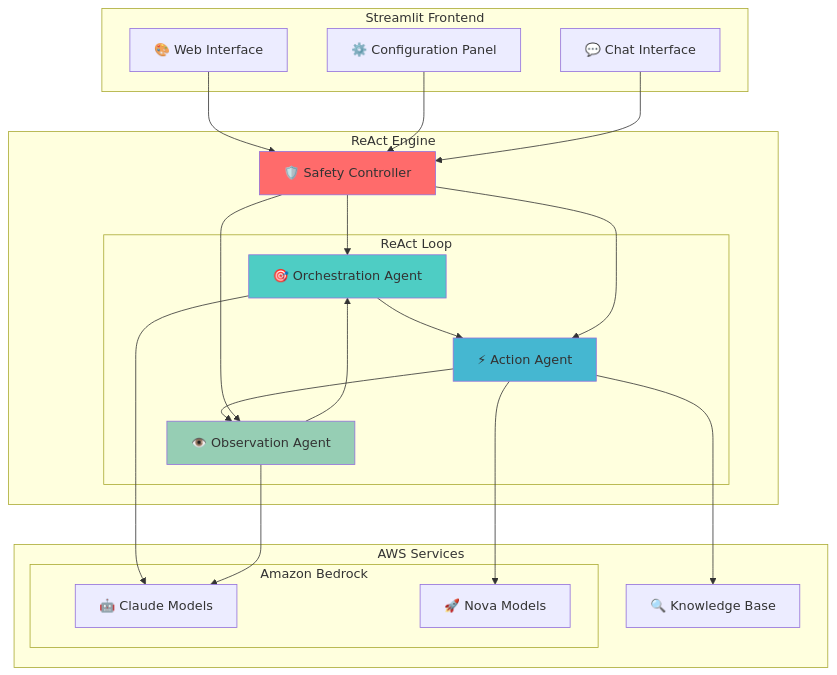
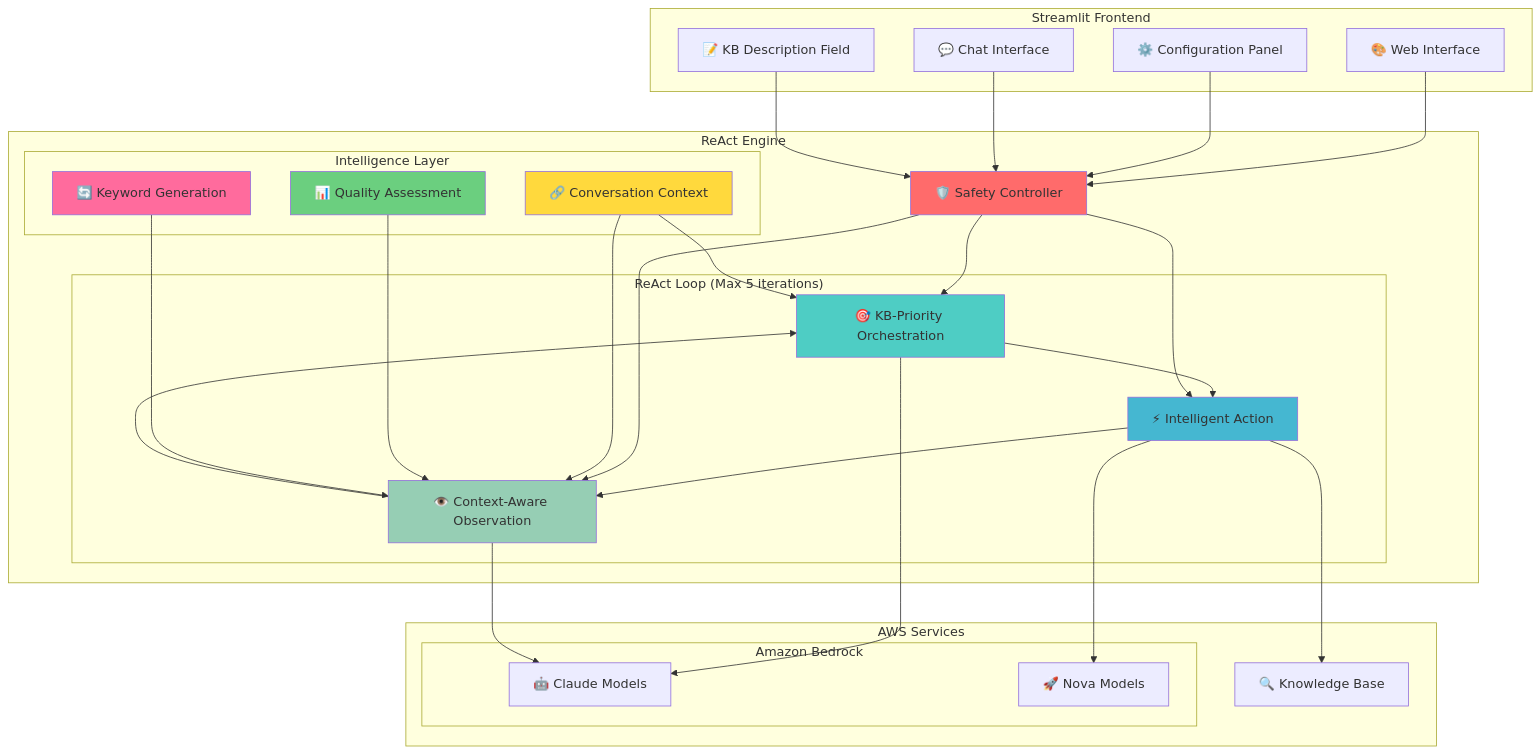
The first of 2 diagrams in README.md (jesamkim/aws-strands-agents-chatbot), drawn with Mermaid before and after one commit. The commit also changed other lines of this file and 16 other files, not shown here.

````diff
--- a/README.md
+++ b/README.md
@@ -47,50 +49,66 @@
 ```mermaid
 graph TB
     subgraph "Streamlit Frontend"
         UI[🎨 Web Interface]
         Sidebar[⚙️ Configuration Panel]
         Chat[💬 Chat Interface]
+        KBDesc[📝 KB Description Field]
     end
     
     subgraph "ReAct Engine"
         Controller[🛡️ Safety Controller]
         
-        subgraph "ReAct Loop"
-            O[🎯 Orchestration Agent]
-            A[⚡ Action Agent]
-            Obs[👁️ Observation Agent]
+        subgraph "ReAct Loop (Max 5 iterations)"
+            O[🎯 KB-Priority Orchestration]
+            A[⚡ Intelligent Action]
+            Obs[👁️ Context-Aware Observation]
             
             O --> A
             A --> Obs
             Obs --> O
+        end
+        
+        subgraph "Intelligence Layer"
+            CC[🔗 Conversation Context]
+            QA[📊 Quality Assessment]
+            KG[🔄 Keyword Generation]
         end
     end
     
     subgraph "AWS Services"
         subgraph "Amazon Bedrock"
             Claude[🤖 Claude Models]
             Nova[🚀 Nova Models]
         end
         
         KB[🔍 Knowledge Base]
     end
     
     UI --> Controller
     Sidebar --> Controller
     Chat --> Controller
+    KBDesc --> Controller
     
     Controller --> O
     Controller --> A
     Controller --> Obs
     
     O --> Claude
     A --> Nova
     Obs --> Claude
     
     A --> KB
     
+    CC --> O
+    CC --> Obs
+    QA --> Obs
+    KG --> Obs
+    
     style Controller fill:#ff6b6b
     style O fill:#4ecdc4
     style A fill:#45b7d1
     style Obs fill:#96ceb4
+    style CC fill:#ffd93d
+    style QA fill:#6bcf7f
+    style KG fill:#ff6b9d
 ```
````
